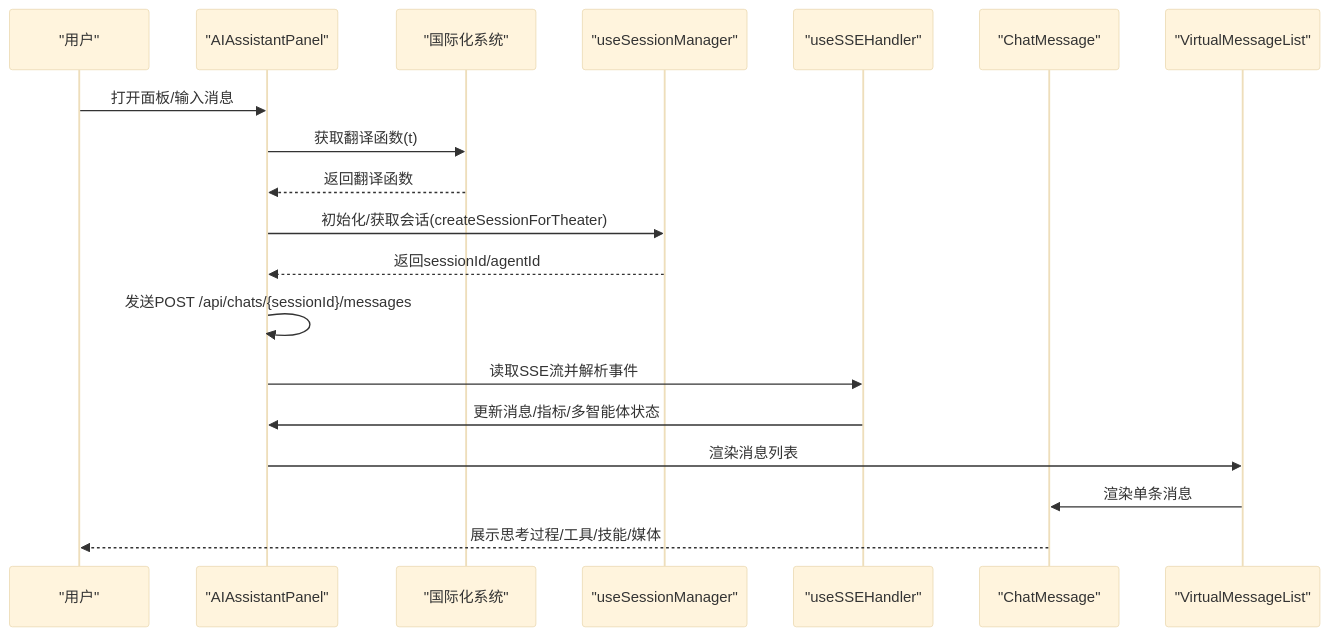
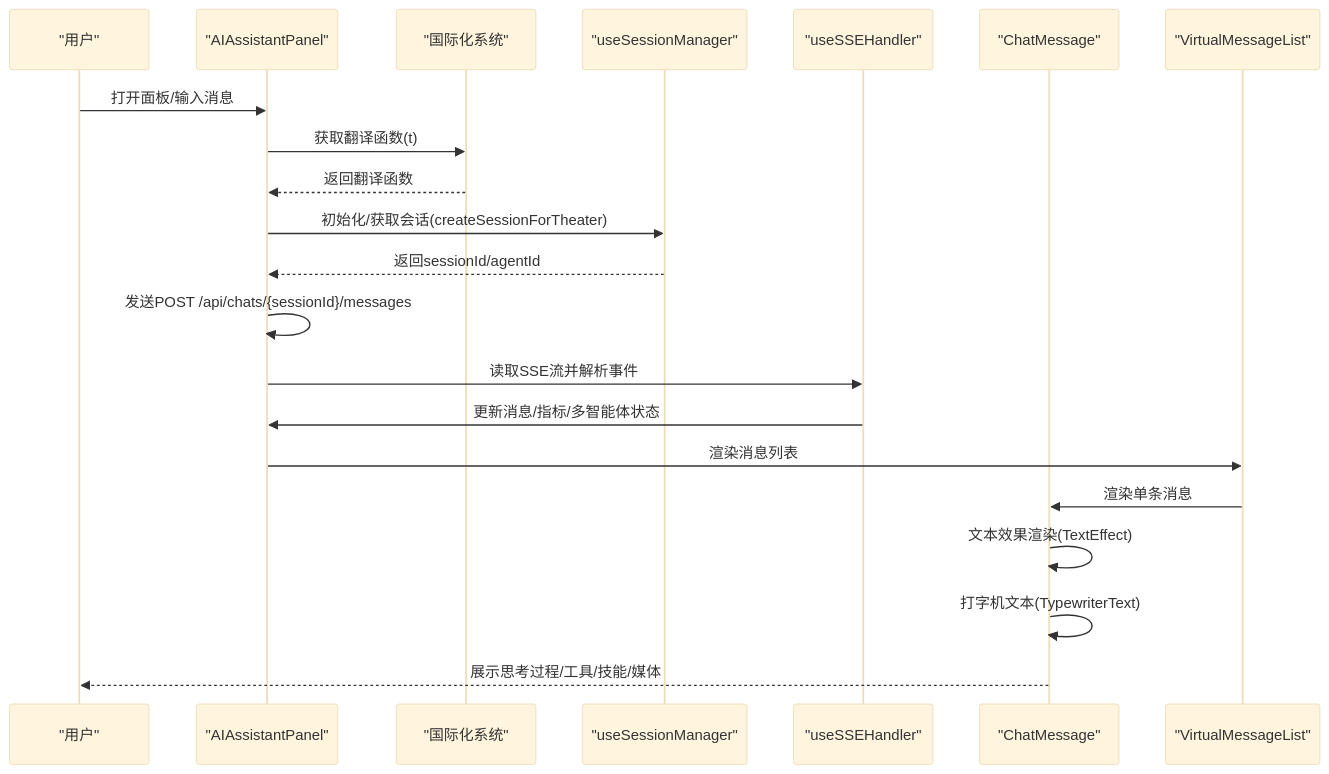
The second of 15 diagrams in .qoder/repowiki/zh/content/系统架构/前端架构/组件架构/AI助手组件.md (KunLabAI/KunFlix), drawn with Mermaid (base theme) before and after one commit. The commit also changed other lines of this file and 12 other files, not shown here.

````diff
--- a/.qoder/repowiki/zh/content/系统架构/前端架构/组件架构/AI助手组件.md
+++ b/.qoder/repowiki/zh/content/系统架构/前端架构/组件架构/AI助手组件.md
@@ -159,21 +182,23 @@
 ```mermaid
 sequenceDiagram
 participant U as "用户"
 participant P as "AIAssistantPanel"
 participant N as "国际化系统"
 participant S as "useSessionManager"
 participant SSE as "useSSEHandler"
 participant M as "ChatMessage"
 participant V as "VirtualMessageList"
 U->>P : 打开面板/输入消息
 P->>N : 获取翻译函数(t)
 N-->>P : 返回翻译函数
 P->>S : 初始化/获取会话(createSessionForTheater)
 S-->>P : 返回sessionId/agentId
 P->>P : 发送POST /api/chats/{sessionId}/messages
 P->>SSE : 读取SSE流并解析事件
 SSE->>P : 更新消息/指标/多智能体状态
 P->>V : 渲染消息列表
 V->>M : 渲染单条消息
+M->>M : 文本效果渲染(TextEffect)
+M->>M : 打字机文本(TypewriterText)
 M-->>U : 展示思考过程/工具/技能/媒体
 ```
````
